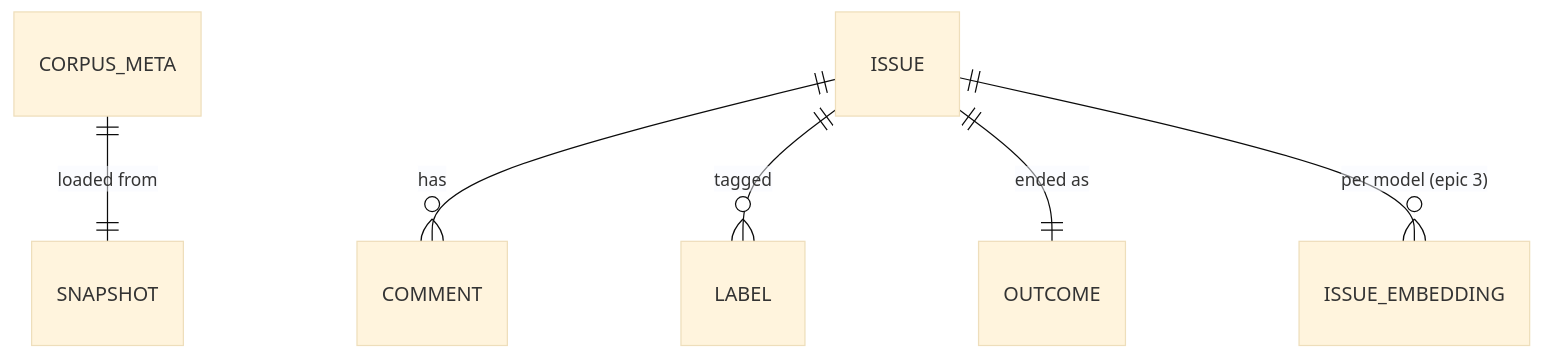
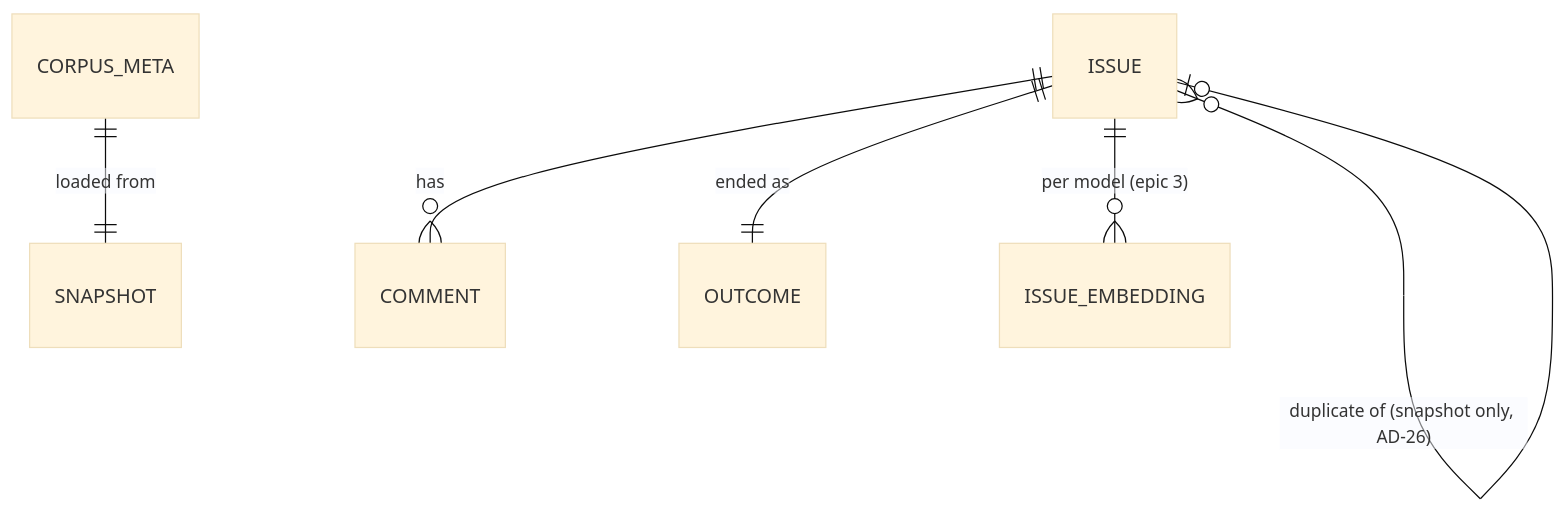
The fifth of 5 diagrams in _bmad-output/initiative-ticketscope/architecture-ticketscope/architecture-ticketscope.md (Dillon-Based/ticketscope), drawn with Mermaid (base theme) before and after one commit. The commit also changed other lines of this file and 4 other files, not shown here.

````diff
--- a/_bmad-output/initiative-ticketscope/architecture-ticketscope/architecture-ticketscope.md
+++ b/_bmad-output/initiative-ticketscope/architecture-ticketscope/architecture-ticketscope.md
@@ -451,8 +482,8 @@
 ```mermaid
 erDiagram
   CORPUS_META ||--|| SNAPSHOT : "loaded from"
   ISSUE ||--o{ COMMENT : has
-  ISSUE ||--o{ LABEL : tagged
+  ISSUE }o--o| ISSUE : "duplicate of (snapshot only, AD-26)"
   ISSUE ||--|| OUTCOME : "ended as"
   ISSUE ||--o{ ISSUE_EMBEDDING : "per model (epic 3)"
 ```
````
